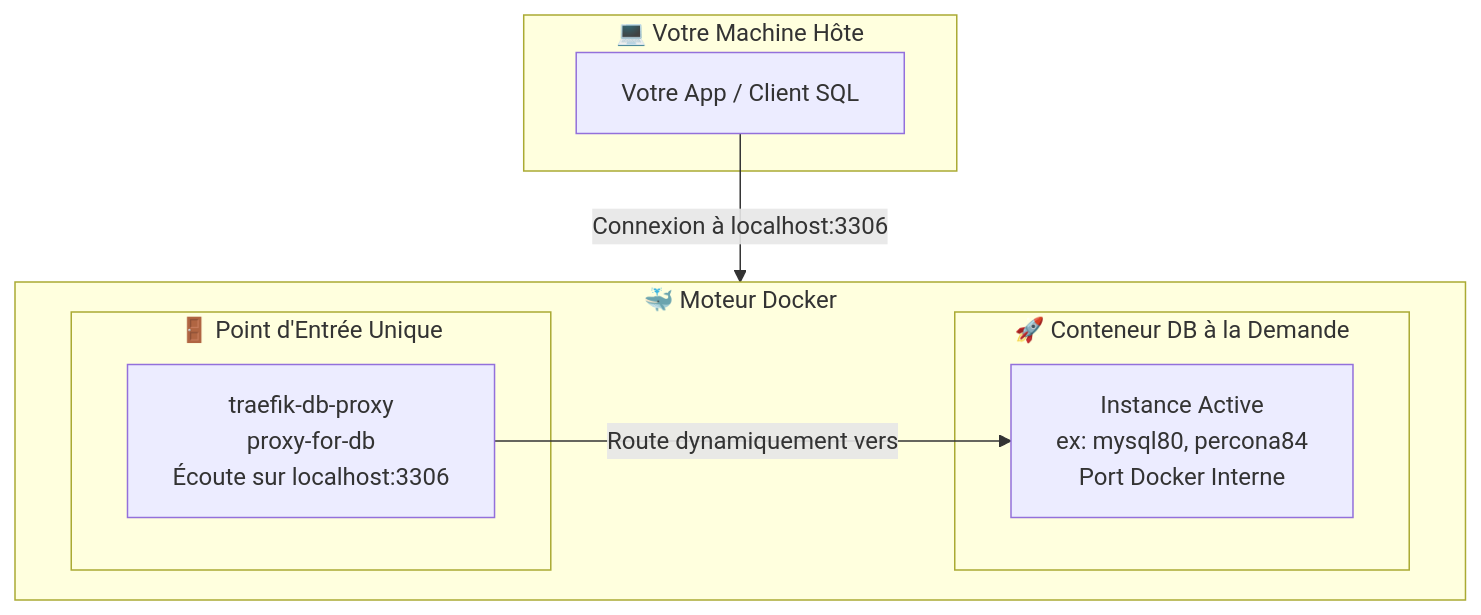
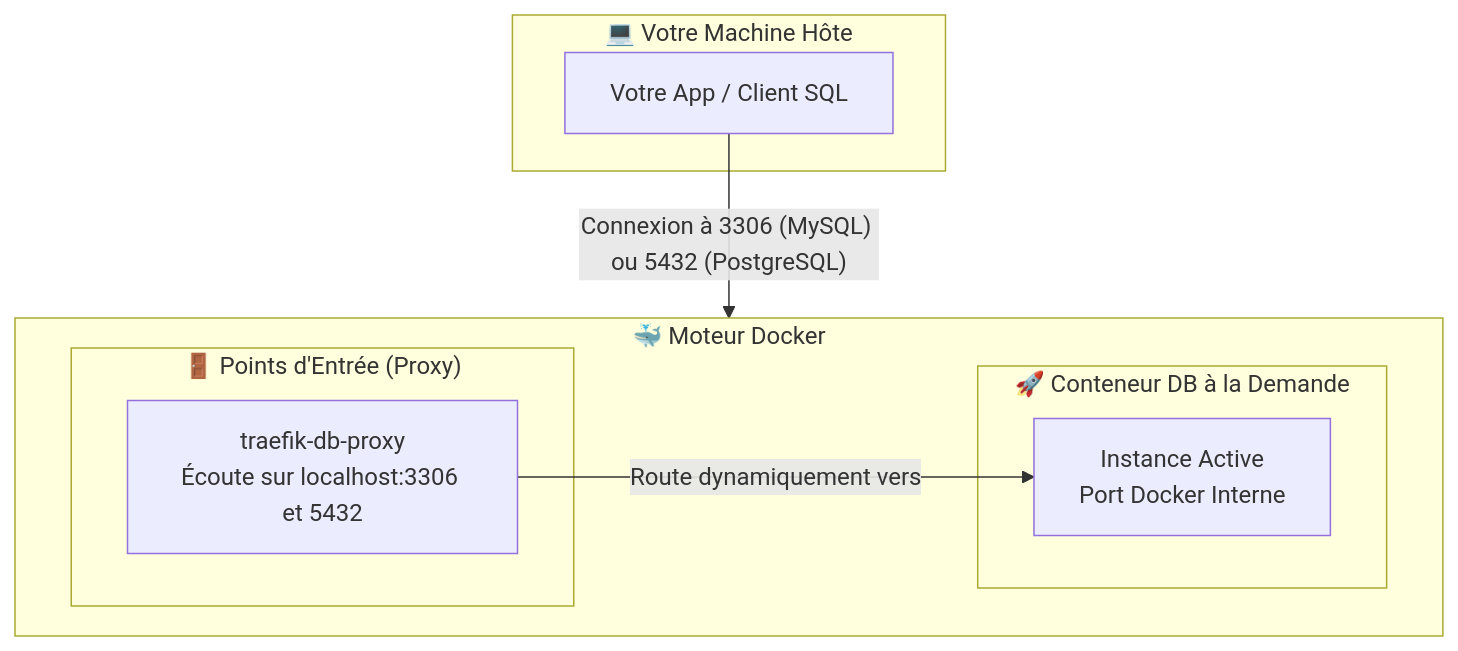
One commit to jmrenouard/multi-db-docker-env changed the first of 2 diagrams in README_fr.md. Above: the diagram before and after it, drawn with Mermaid. The commit also changed other lines of this file and 18 other files, not shown here.

````diff
--- a/README_fr.md
+++ b/README_fr.md
@@ -155,19 +162,19 @@
 ```mermaid
 graph TD
     subgraph "💻 Votre Machine Hôte"
         App[Votre App / Client SQL]
     end
 
     subgraph "🐳 Moteur Docker"
         direction LR
-        subgraph "🚪 Point d'Entrée Unique"
-            Traefik[traefik-db-proxy<br/>proxy-for-db<br/>Écoute sur localhost:3306]
+        subgraph "🚪 Points d'Entrée (Proxy)"
+            Traefik[traefik-db-proxy<br/>Écoute sur localhost:3306 et 5432]
         end
         subgraph "🚀 Conteneur DB à la Demande"
-            ActiveDB["Instance Active<br/>ex: mysql80, percona84<br/>Port Docker Interne"]
+            ActiveDB["Instance Active<br/>Port Docker Interne"]
         end
     end
 
-    App -- "Connexion à localhost:3306" --> Traefik
+    App -- "Connexion à 3306 (MySQL) ou 5432 (PostgreSQL)" --> Traefik
     Traefik -- "Route dynamiquement vers" --> ActiveDB
 ```
````
